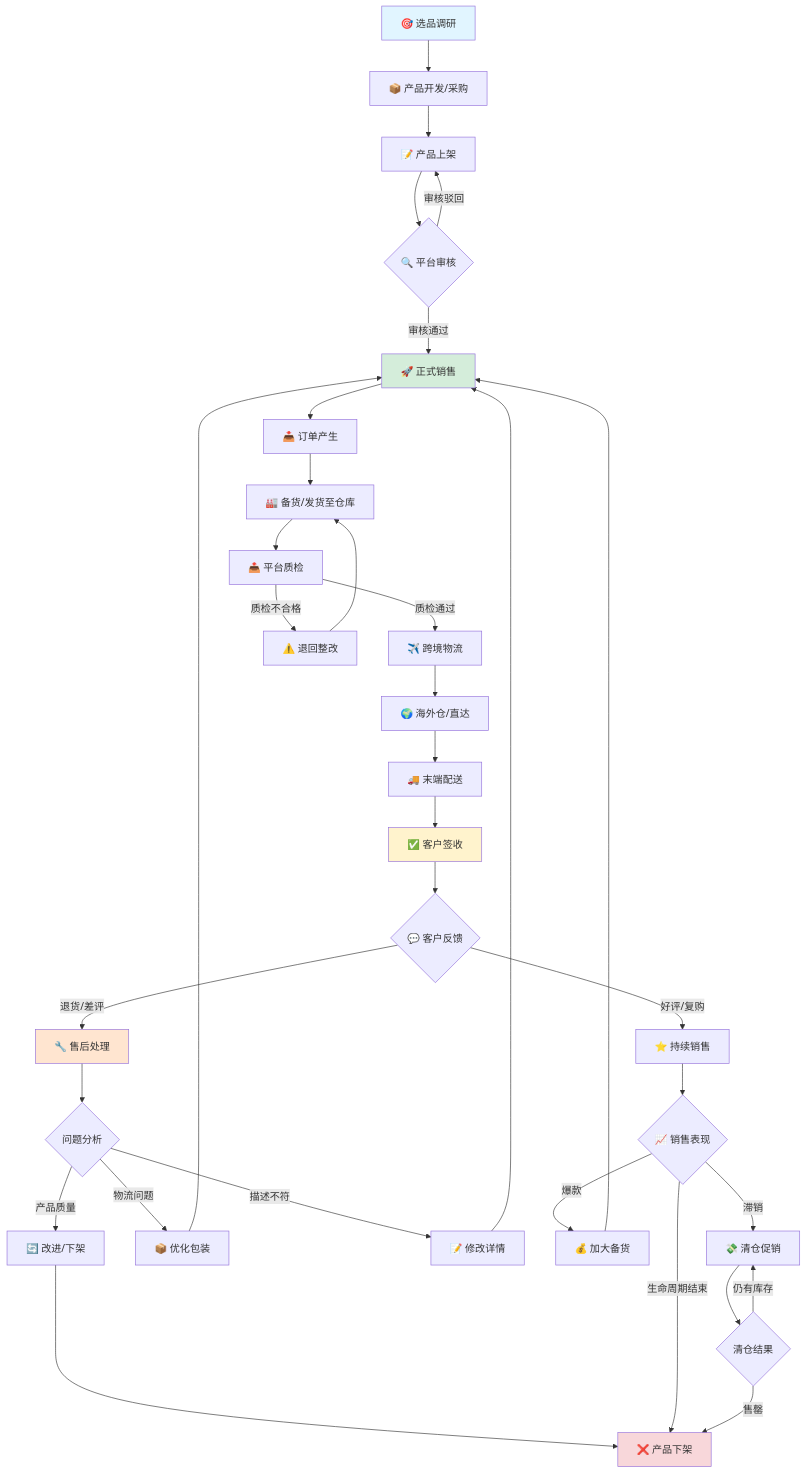
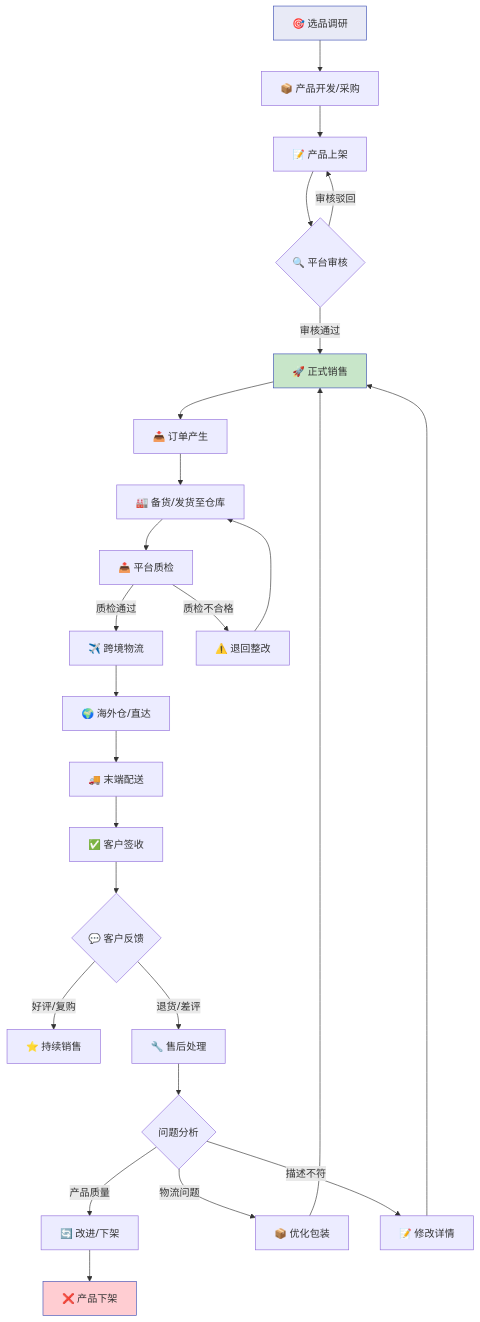
One commit to Ryweer/Ryweer.github.io changed the diagram in docs/跨境/Temu/README_GLOBAL.md. Above: the diagram before and after it, drawn with Mermaid. The commit also changed other lines of this file and 1 other file, not shown here.

````diff
--- a/docs/跨境/Temu/README_GLOBAL.md
+++ b/docs/跨境/Temu/README_GLOBAL.md
@@ -13,50 +39,38 @@
 ```mermaid
 graph TD
     A[🎯 选品调研] --> B[📦 产品开发/采购]
     B --> C[📝 产品上架]
     C --> D{🔍 平台审核}
     
     D -->|审核通过| E[🚀 正式销售]
     D -->|审核驳回| C
     
     E --> F[📥 订单产生]
     F --> G[🏭 备货/发货至仓库]
     G --> H[📤 平台质检]
     
     H -->|质检通过| I[✈️ 跨境物流]
     H -->|质检不合格| J[⚠️ 退回整改]
     J --> G
     
     I --> K[🌍 海外仓/直达]
     K --> L[🚚 末端配送]
     L --> M[✅ 客户签收]
     
     M --> N{💬 客户反馈}
     N -->|好评/复购| O[⭐ 持续销售]
     N -->|退货/差评| P[🔧 售后处理]
     
     P --> Q{问题分析}
     Q -->|产品质量| R[🔄 改进/下架]
     Q -->|物流问题| S[📦 优化包装]
     Q -->|描述不符| T[📝 修改详情]
     
     R --> U[❌ 产品下架]
     S --> E
     T --> E
     
-    O --> V{📈 销售表现}
-    V -->|爆款| W[💰 加大备货]
-    V -->|滞销| X[💸 清仓促销]
-    V -->|生命周期结束| U
-    
-    W --> E
-    X --> Y{清仓结果}
-    Y -->|售罄| U
-    Y -->|仍有库存| X
-    
-    style A fill:#e1f5ff
-    style E fill:#d4edda
-    style U fill:#f8d7da
-    style M fill:#fff3cd
-    style P fill:#ffe5d0
+    style A fill:#e8eaf6,stroke:#3F51B5
+    style E fill:#c8e6c9,stroke:#3F51B5
+    style U fill:#ffcdd2,stroke:#3F51B5
 ```
````
